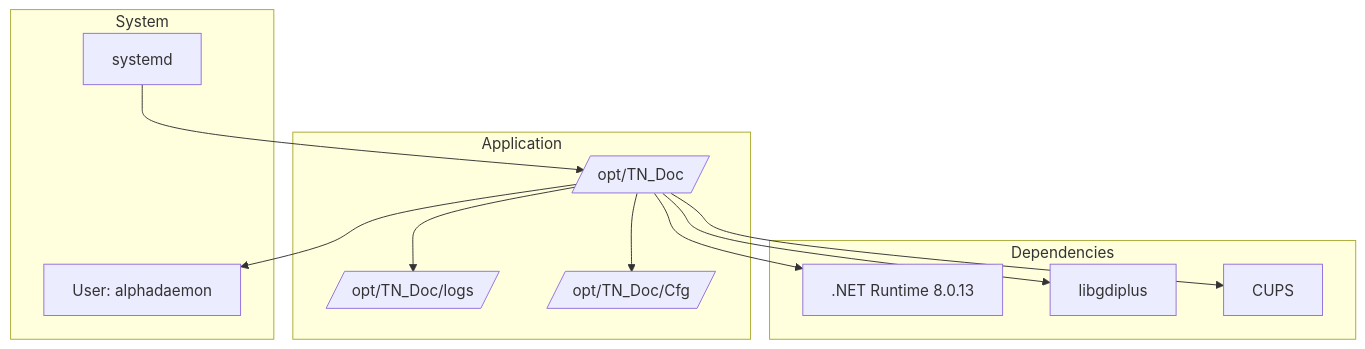
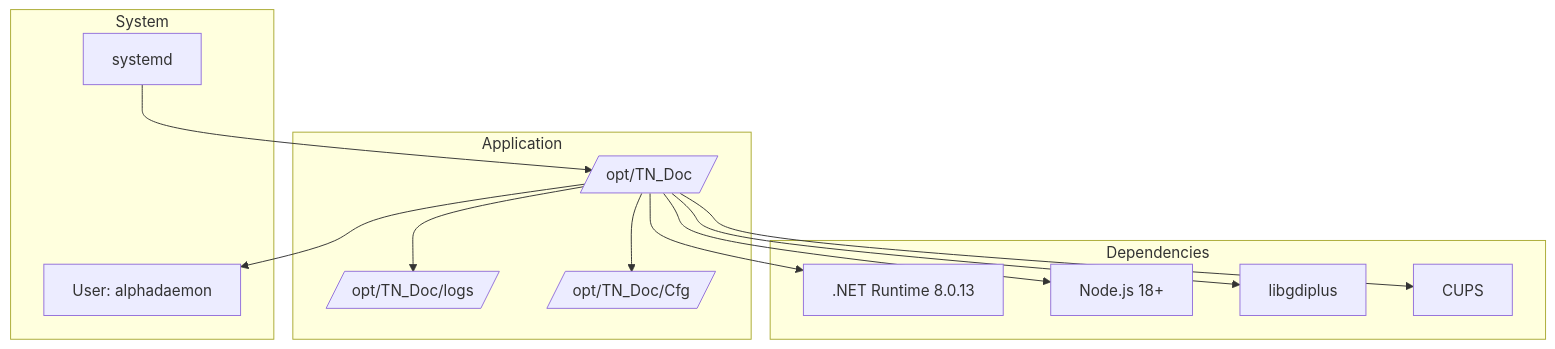
One commit to tn-ivk/tn-doc changed the first of 2 diagrams in docs/deployment/linux.md. Above: the diagram before and after it, drawn with Mermaid. The commit also changed other lines of this file and 12 other files, not shown here.

````diff
--- a/docs/deployment/linux.md
+++ b/docs/deployment/linux.md
@@ -15,27 +17,29 @@
 ```mermaid
 graph TB
     subgraph "System"
         Systemd[systemd]
         User[User: alphadaemon]
     end
 
     subgraph "Application"
         App[/opt/TN_Doc/]
         Logs[/opt/TN_Doc/logs/]
         Config[/opt/TN_Doc/Cfg/]
     end
 
     subgraph "Dependencies"
         Runtime[.NET Runtime 8.0.13]
+        Node[Node.js 18+]
         libgdiplus[libgdiplus]
         CUPS[CUPS]
     end
 
     Systemd --> App
     App --> User
     App --> Logs
     App --> Config
     App --> Runtime
+    App --> Node
     App --> libgdiplus
     App --> CUPS
 ```
````
